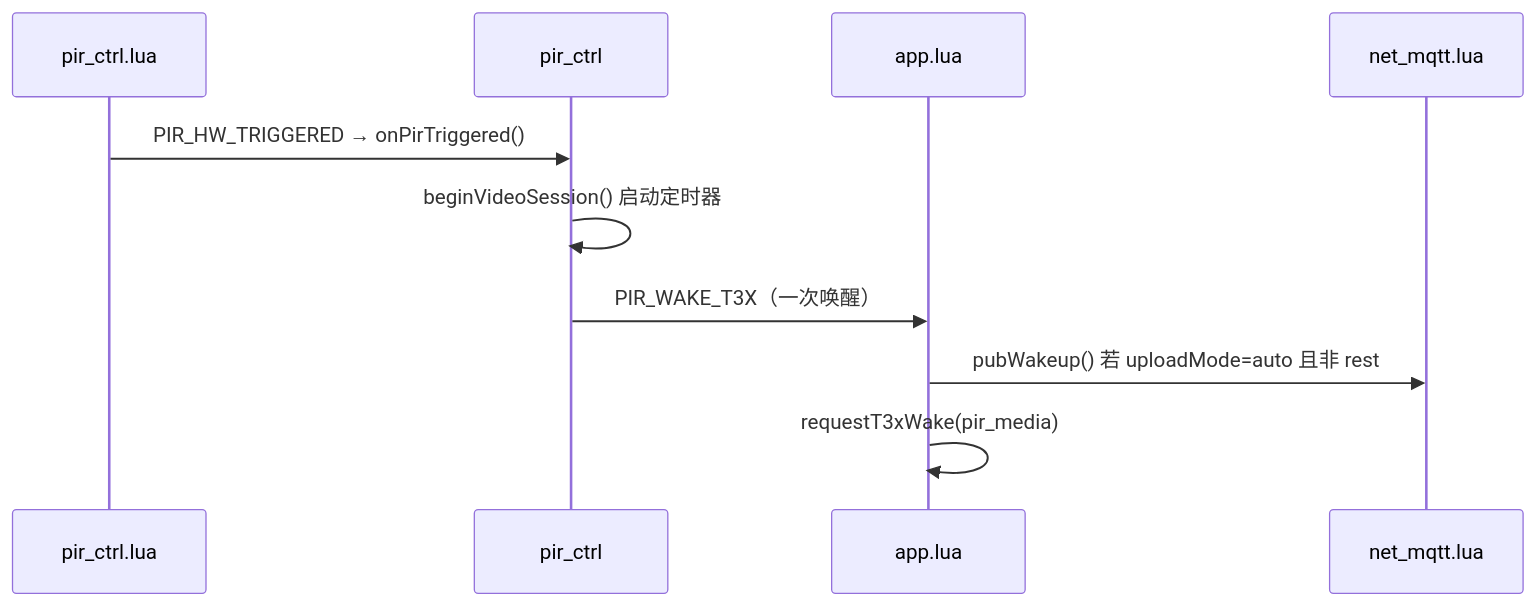
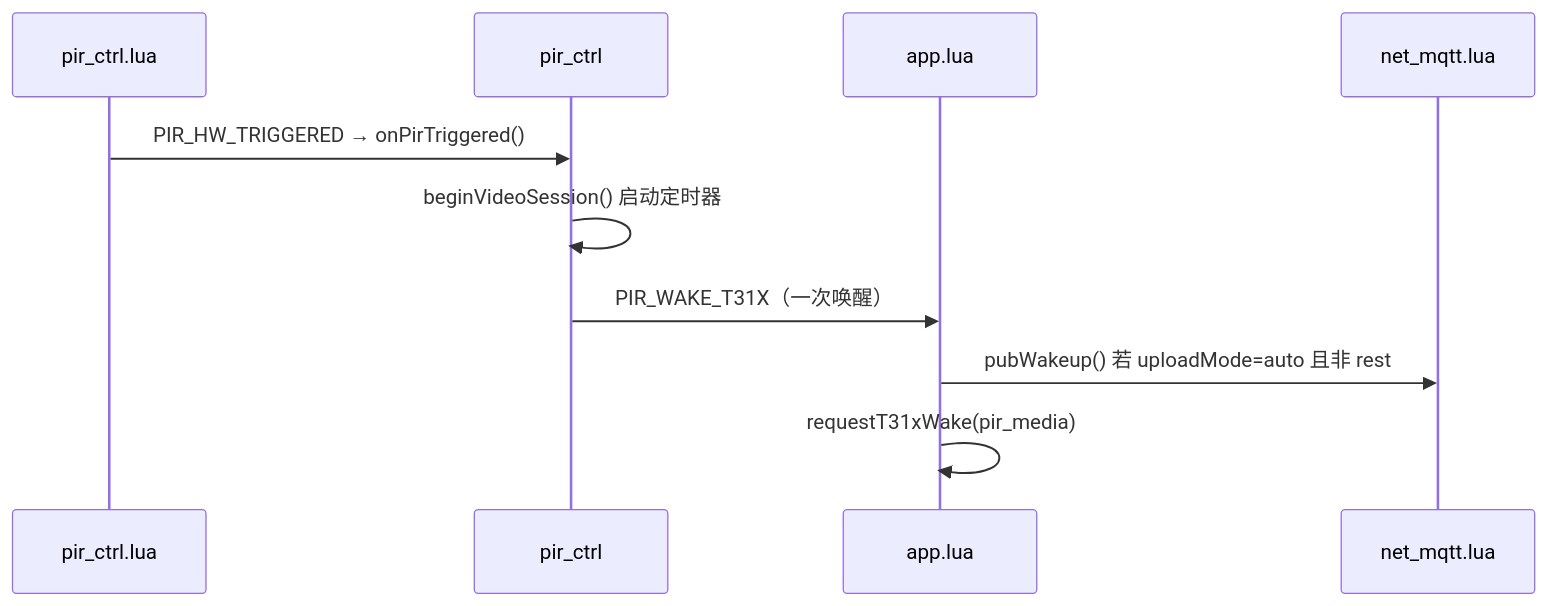
The fourth of 5 diagrams in doc/PIR_PROTOCOL.md (dzr1986/AIR780EHM), drawn with Mermaid before and after one commit. The commit also changed other lines of this file and 402 other files, not shown here.

````diff
--- a/doc/PIR_PROTOCOL.md
+++ b/doc/PIR_PROTOCOL.md
@@ -182,13 +182,13 @@
 ```mermaid
 sequenceDiagram
     participant PIR as pir_ctrl.lua
     participant CFG as pir_ctrl
     participant APP as app.lua
     participant NET as net_mqtt.lua
 
     PIR->>CFG: PIR_HW_TRIGGERED → onPirTriggered()
     CFG->>CFG: beginVideoSession() 启动定时器
-    CFG->>APP: PIR_WAKE_T3X（一次唤醒）
+    CFG->>APP: PIR_WAKE_T31X（一次唤醒）
     APP->>NET: pubWakeup() 若 uploadMode=auto 且非 rest
-    APP->>APP: requestT3xWake(pir_media)
+    APP->>APP: requestT31xWake(pir_media)
 ```
````
